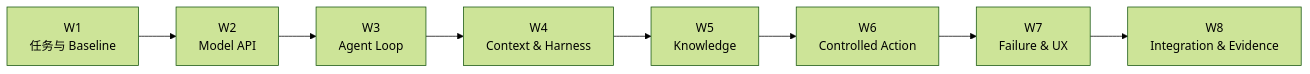
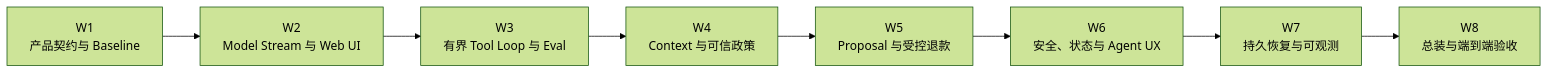
The diagram in site/11-综合实践与作品设计/04-八周学习与实践路径.md (whatthehan/masterpiece-static-docs), drawn with Mermaid (forest theme) before and after one commit. The commit also changed other lines of this file and 252 other files, not shown here.

````diff
--- a/site/11-综合实践与作品设计/04-八周学习与实践路径.md
+++ b/site/11-综合实践与作品设计/04-八周学习与实践路径.md
@@ -7,10 +7,10 @@
 ```mermaid
 flowchart LR
-    W1["W1<br/>任务与 Baseline"] --> W2["W2<br/>Model API"]
-    W2 --> W3["W3<br/>Agent Loop"]
-    W3 --> W4["W4<br/>Context & Harness"]
-    W4 --> W5["W5<br/>Knowledge"]
-    W5 --> W6["W6<br/>Controlled Action"]
-    W6 --> W7["W7<br/>Failure & UX"]
-    W7 --> W8["W8<br/>Integration & Evidence"]
+    W1["W1<br/>产品契约与 Baseline"] --> W2["W2<br/>Model Stream 与 Web UI"]
+    W2 --> W3["W3<br/>有界 Tool Loop 与 Eval"]
+    W3 --> W4["W4<br/>Context 与可信政策"]
+    W4 --> W5["W5<br/>Proposal 与受控退款"]
+    W5 --> W6["W6<br/>安全、状态与 Agent UX"]
+    W6 --> W7["W7<br/>持久恢复与可观测"]
+    W7 --> W8["W8<br/>总装与端到端验收"]
 ```
````
